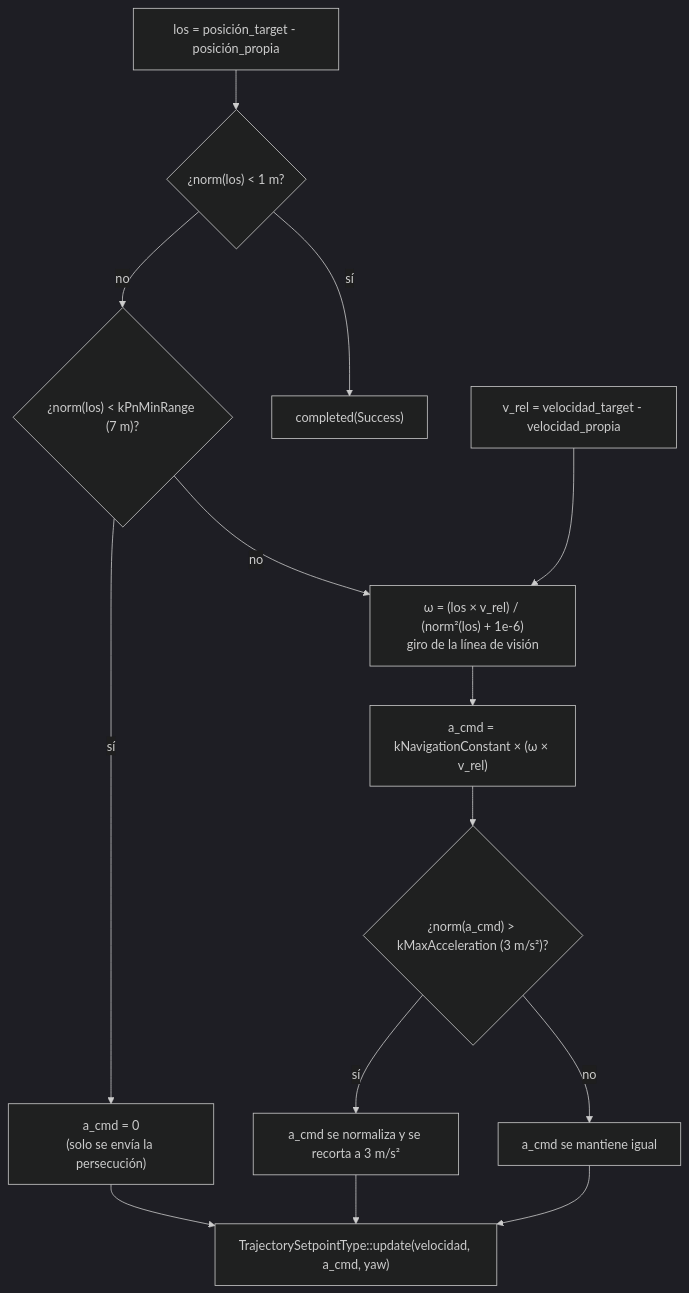
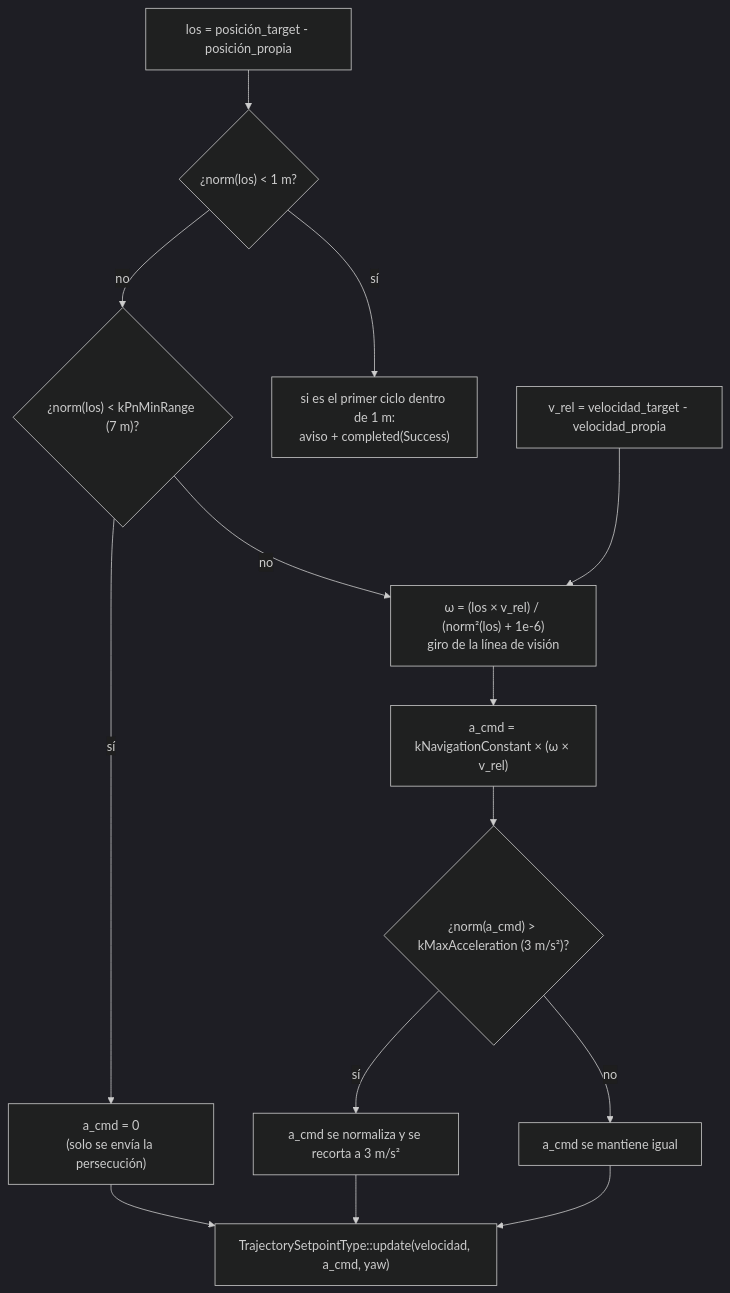
One commit to PACO-Interceptor/ws_interceptor changed the second of 2 diagrams in docs/wiki/Guidance-modes.md. Above: the diagram before and after it, drawn with Mermaid. The commit also changed other lines of this file and 11 other files, not shown here.

````diff
--- a/docs/wiki/Guidance-modes.md
+++ b/docs/wiki/Guidance-modes.md
@@ -133,19 +140,19 @@
 ```mermaid
 %%{init: {"theme": "dark", "themeVariables": {"lineColor": "#cccccc", "edgeLabelBackground": "#1e1e1e"}}}%%
 flowchart TD
     LOS["los = posición_target - posición_propia"]
     VREL["v_rel = velocidad_target - velocidad_propia"]
     LOS --> NORM{"¿norm(los) < 1 m?"}
-    NORM -->|sí| DONE["completed(Success)"]
+    NORM -->|sí| DONE["si es el primer ciclo dentro de 1 m:<br/>aviso + completed(Success)"]
     NORM -->|no| RANGE{"¿norm(los) < kPnMinRange (7 m)?"}
     RANGE -->|sí| ZERO["a_cmd = 0<br/>(solo se envía la persecución)"]
     RANGE -->|no| OMEGA["ω = (los × v_rel) / (norm²(los) + 1e-6)<br/>giro de la línea de visión"]
     VREL --> OMEGA
     OMEGA --> ACMD["a_cmd = kNavigationConstant × (ω × v_rel)"]
     ACMD --> CLAMP{"¿norm(a_cmd) > kMaxAcceleration (3 m/s²)?"}
     CLAMP -->|sí| LIMIT["a_cmd se normaliza y se recorta a 3 m/s²"]
     CLAMP -->|no| KEEP["a_cmd se mantiene igual"]
     ZERO --> OUT["TrajectorySetpointType::update(velocidad, a_cmd, yaw)"]
     LIMIT --> OUT
     KEEP --> OUT
 ```
````
